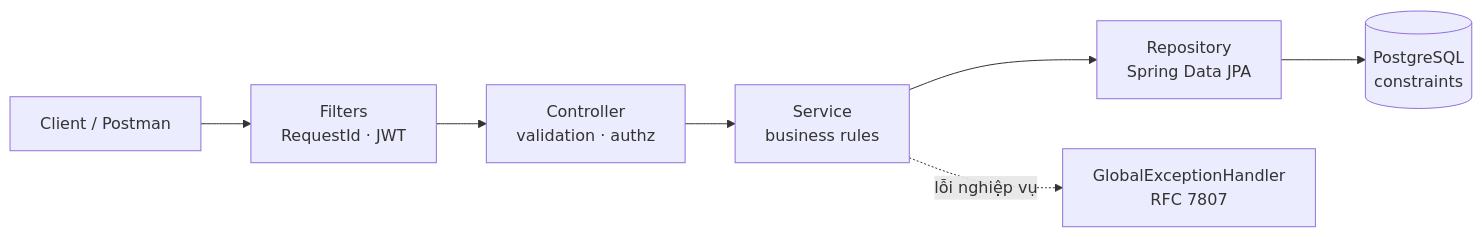
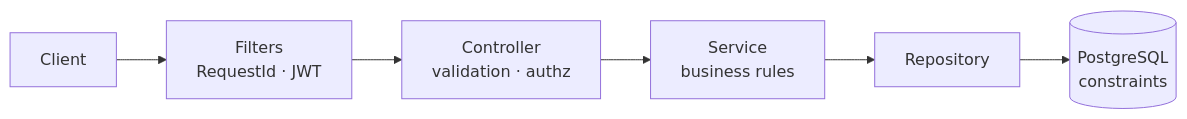
Before and after one commit to luongvantri91/meeting-room-system: the diagram in README.md, drawn with Mermaid. The commit also changed other lines of this file and 3 other files, not shown here.

````diff
--- a/README.md
+++ b/README.md
@@ -140,9 +74,8 @@
 ```mermaid
 flowchart LR
-    C[Client / Postman] --> F[Filters<br/>RequestId · JWT]
+    C[Client] --> F[Filters<br/>RequestId · JWT]
     F --> CT[Controller<br/>validation · authz]
     CT --> S[Service<br/>business rules]
-    S --> R[Repository<br/>Spring Data JPA]
+    S --> R[Repository]
     R --> DB[(PostgreSQL<br/>constraints)]
-    S -. lỗi nghiệp vụ .-> EH[GlobalExceptionHandler<br/>RFC 7807]
 ```
````
